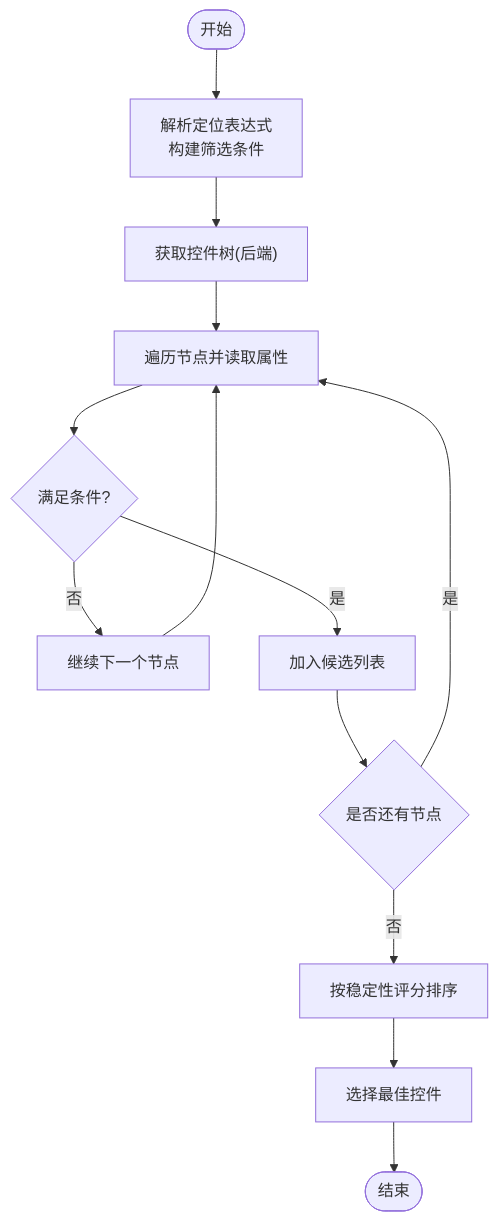
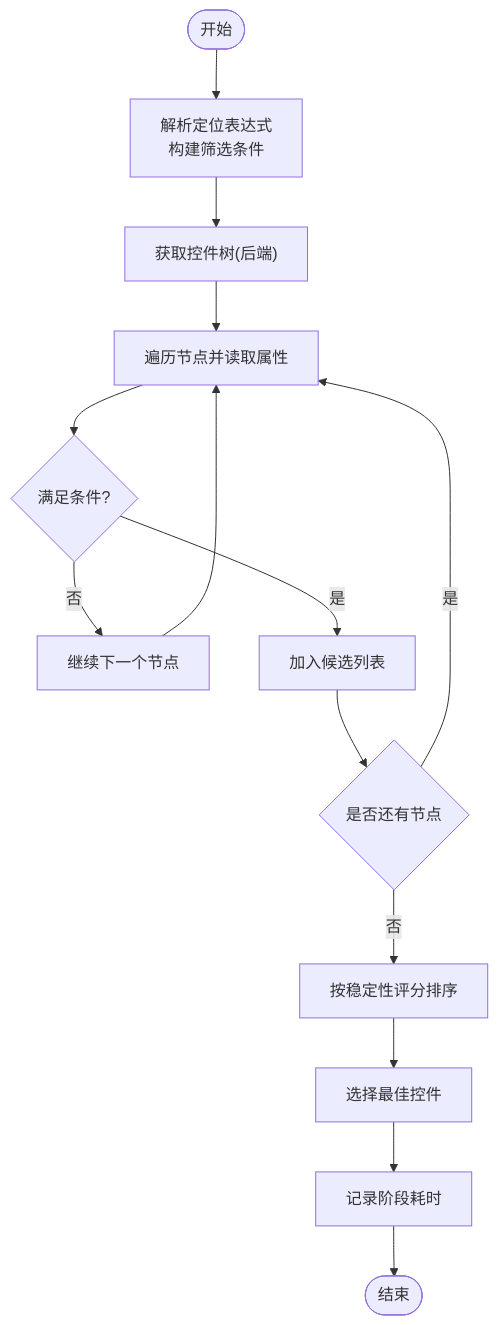
The seventh of 8 diagrams in .qoder/repowiki/zh/content/控件定位系统/UIA控件定位器.md (hanago33/WT_Automation), drawn with Mermaid before and after one commit. The commit also changed other lines of this file and 247 other files, not shown here.

````diff
--- a/.qoder/repowiki/zh/content/控件定位系统/UIA控件定位器.md
+++ b/.qoder/repowiki/zh/content/控件定位系统/UIA控件定位器.md
@@ -185,15 +264,16 @@
 ```mermaid
 flowchart TD
 Start(["开始"]) --> BuildCond["解析定位表达式<br/>构建筛选条件"]
 BuildCond --> GetTree["获取控件树(后端)"]
 GetTree --> Traverse["遍历节点并读取属性"]
 Traverse --> Match{"满足条件?"}
 Match --> |否| NextNode["继续下一个节点"]
 NextNode --> Traverse
 Match --> |是| Collect["加入候选列表"]
 Collect --> More{"是否还有节点"}
 More --> |是| Traverse
 More --> |否| Rank["按稳定性评分排序"]
 Rank --> Select["选择最佳控件"]
-Select --> End(["结束"])
+Select --> PhaseTiming["记录阶段耗时"]
+PhaseTiming --> End(["结束"])
 ```
````
